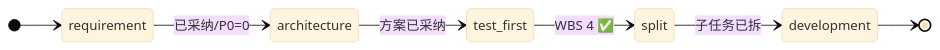
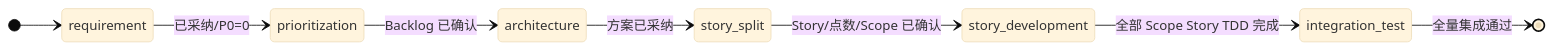
One commit to Wlx682/AI-Work-Kit changed the diagram in Contexts/决策/AI-Work-Kit工作流总览.md. Above: the diagram before and after it, drawn with Mermaid (base theme). The commit also changed other lines of this file and 61 other files, not shown here.

````diff
--- a/Contexts/决策/AI-Work-Kit工作流总览.md
+++ b/Contexts/决策/AI-Work-Kit工作流总览.md
@@ -71,10 +71,11 @@
 ```mermaid
 stateDiagram-v2
     direction LR
     [*] --> requirement
-    requirement --> architecture: 已采纳/P0=0
-    architecture --> test_first: 方案已采纳
-    test_first --> split: WBS 4 ✅
-    split --> development: 子任务已拆
-    development --> [*]
+    requirement --> prioritization: 已采纳/P0=0
+    prioritization --> architecture: Backlog 已确认
+    architecture --> story_split: 方案已采纳
+    story_split --> story_development: Story/点数/Scope 已确认
+    story_development --> integration_test: 全部 Scope Story TDD 完成
+    integration_test --> [*]: 全量集成通过
 ```
````
